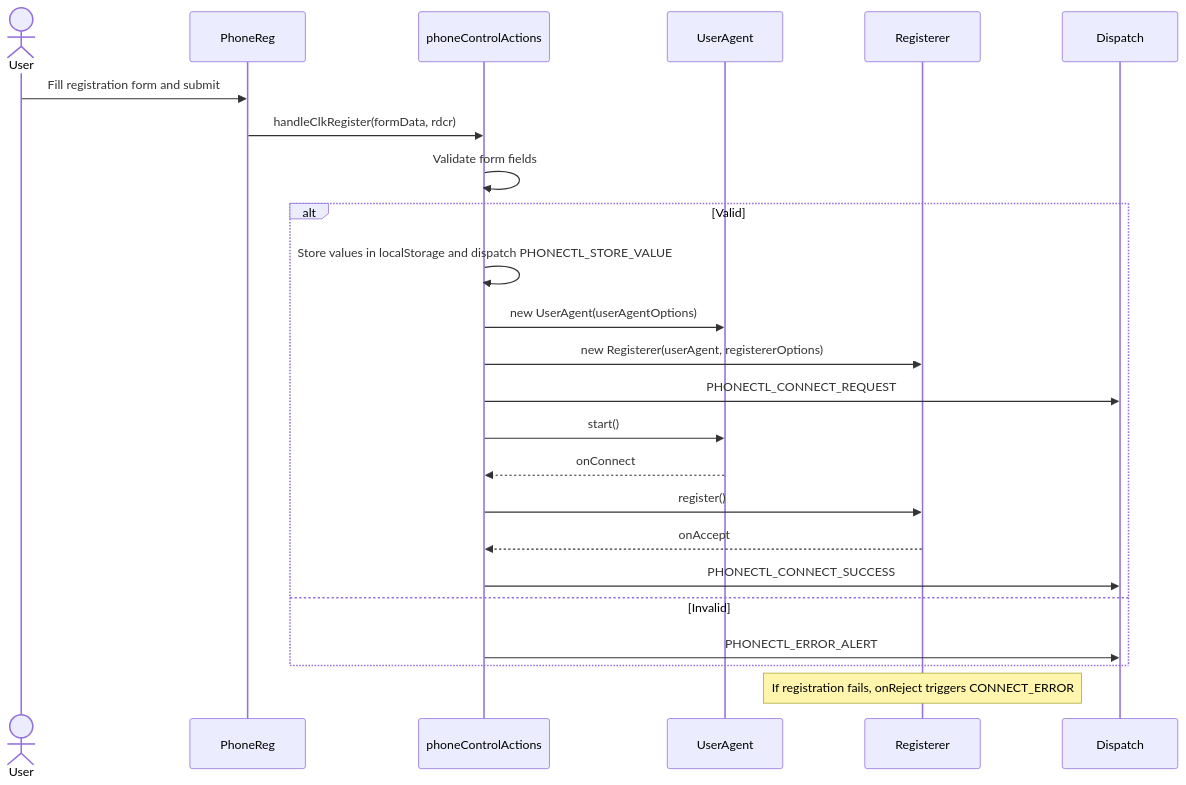
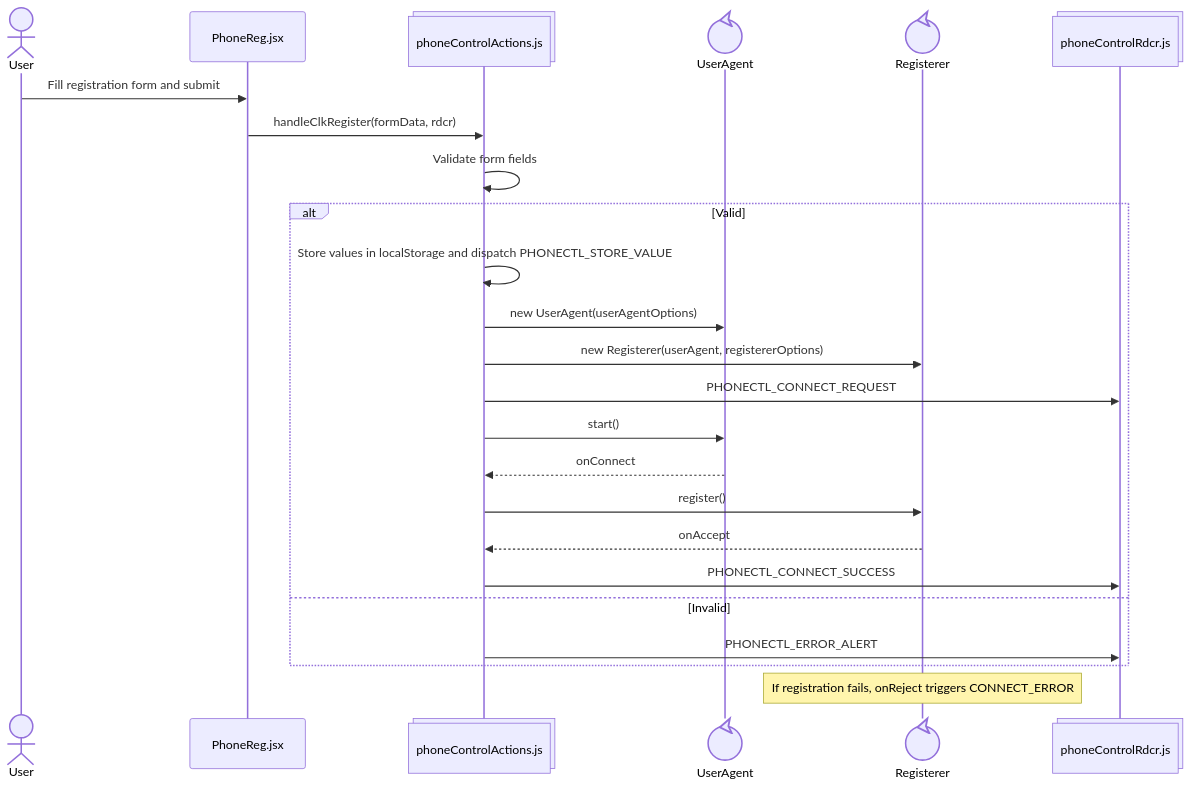
One commit to ars-anosov/sipjs-react changed the second of 5 diagrams in phone/README.md. Above: the diagram before and after it, drawn with Mermaid. The commit also changed other lines of this file, not shown here.

````diff
--- a/phone/README.md
+++ b/phone/README.md
@@ -44,27 +47,27 @@
 ```mermaid
 sequenceDiagram
   actor User
-  participant PhoneReg
-  participant Action as phoneControlActions
-  participant UserAgent
-  participant Registerer
-  participant Dispatch
+  participant PhoneReg@{ "type" : "participant", "alias": "PhoneReg.jsx" }
+  participant Action@{ "type" : "collections", "alias": "phoneControlActions.js" }
+  participant UserAgent@{ "type" : "control" }
+  participant Registerer@{ "type" : "control" }
+  participant Dispatch@{ "type" : "collections", "alias": "phoneControlRdcr.js"  }
 
   User->>PhoneReg: Fill registration form and submit
   PhoneReg->>Action: handleClkRegister(formData, rdcr)
   Action->>Action: Validate form fields
   alt Valid
     Action->>Action: Store values in localStorage and dispatch PHONECTL_STORE_VALUE
     Action->>UserAgent: new UserAgent(userAgentOptions)
     Action->>Registerer: new Registerer(userAgent, registererOptions)
     Action->>Dispatch: PHONECTL_CONNECT_REQUEST
     Action->>UserAgent: start()
     UserAgent-->>Action: onConnect
     Action->>Registerer: register()
     Registerer-->>Action: onAccept
     Action->>Dispatch: PHONECTL_CONNECT_SUCCESS
   else Invalid
       Action->>Dispatch: PHONECTL_ERROR_ALERT
   end
   Note over Registerer: If registration fails, onReject triggers CONNECT_ERROR
 ```
````
